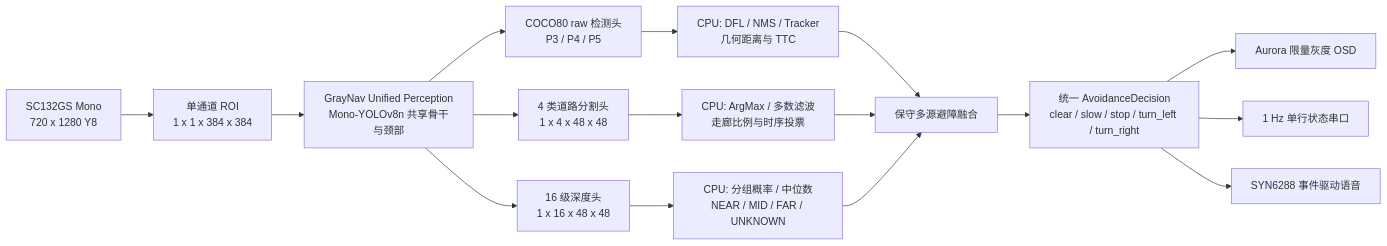
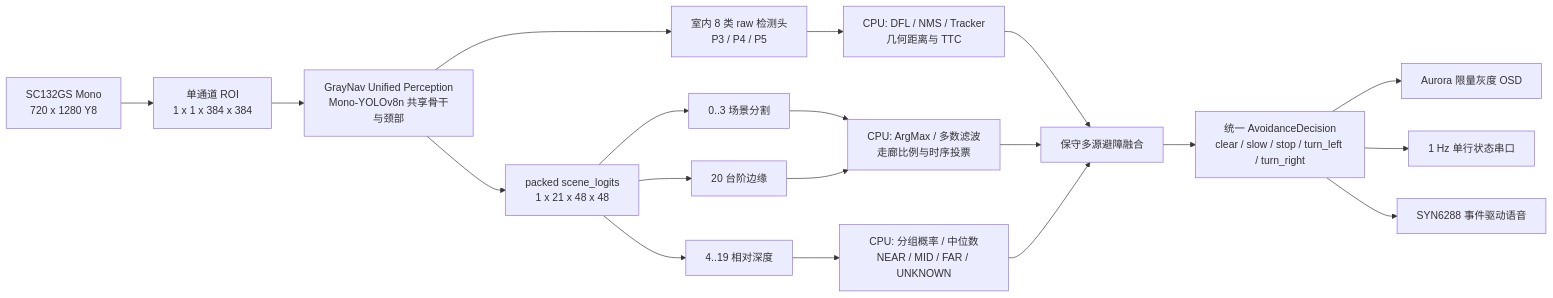
Before and after one commit to daiyonglin/graynav-obstacle-detect: the diagram in README.md, drawn with Mermaid. The commit also changed other lines of this file and 2 other files, not shown here.

````diff
--- a/README.md
+++ b/README.md
@@ -24,22 +26,26 @@
 ```mermaid
 flowchart LR
     CAM["SC132GS Mono<br/>720 x 1280 Y8"] --> PRE["单通道 ROI<br/>1 x 1 x 384 x 384"]
     PRE --> NET["GrayNav Unified Perception<br/>Mono-YOLOv8n 共享骨干与颈部"]
 
-    NET --> DET["COCO80 raw 检测头<br/>P3 / P4 / P5"]
-    NET --> SEG["4 类道路分割头<br/>1 x 4 x 48 x 48"]
-    NET --> DEP["16 级深度头<br/>1 x 16 x 48 x 48"]
+    NET --> DET["室内 8 类 raw 检测头<br/>P3 / P4 / P5"]
+    NET --> PACK["packed scene_logits<br/>1 x 21 x 48 x 48"]
+
+    PACK --> SEG["0..3 场景分割"]
+    PACK --> DEP["4..19 相对深度"]
+    PACK --> EDGE["20 台阶边缘"]
 
     DET --> DPOST["CPU: DFL / NMS / Tracker<br/>几何距离与 TTC"]
     SEG --> SPOST["CPU: ArgMax / 多数滤波<br/>走廊比例与时序投票"]
     DEP --> ZPOST["CPU: 分组概率 / 中位数<br/>NEAR / MID / FAR / UNKNOWN"]
+    EDGE --> SPOST
 
     DPOST --> FUSE["保守多源避障融合"]
     SPOST --> FUSE
     ZPOST --> FUSE
 
     FUSE --> DEC["统一 AvoidanceDecision<br/>clear / slow / stop / turn_left / turn_right"]
     DEC --> OSD["Aurora 限量灰度 OSD"]
     DEC --> SERIAL["1 Hz 单行状态串口"]
     DEC --> VOICE["SYN6288 事件驱动语音"]
 ```
````
